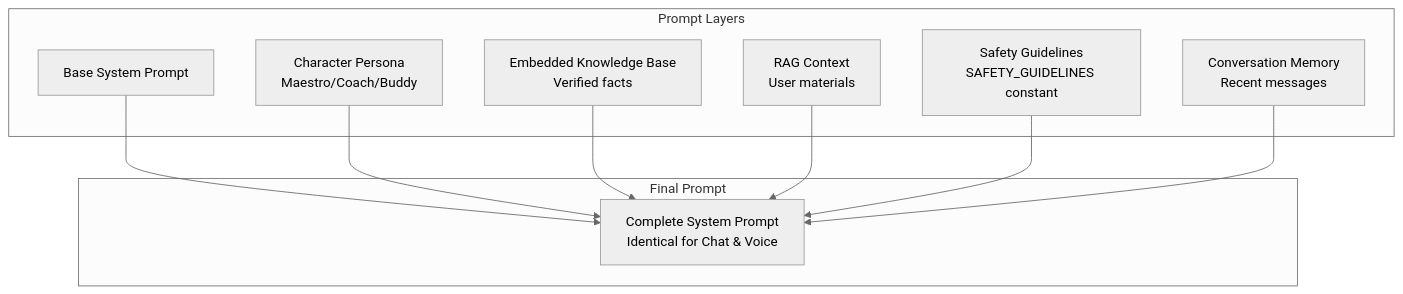
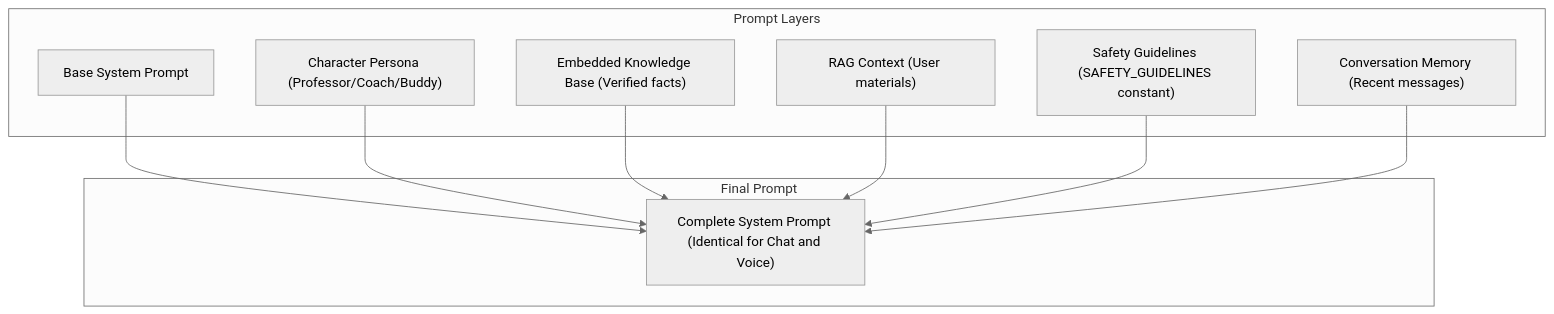
The tenth of 50 diagrams in ARCHITECTURE-DIAGRAMS.md (FightTheStroke/MirrorBuddy), drawn with Mermaid (neutral theme) before and after one commit. The commit also changed other lines of this file, not shown here.

First line of the commit message:
docs(arch): rewrite diagrams in English, rename Maestri to Professors

````diff
--- a/ARCHITECTURE-DIAGRAMS.md
+++ b/ARCHITECTURE-DIAGRAMS.md
@@ -475,22 +474,22 @@
 ```mermaid
 graph TB
-    subgraph "Prompt Layers"
+    subgraph Prompt_Layers["Prompt Layers"]
         Base[Base System Prompt]
-        Character[Character Persona<br/>Maestro/Coach/Buddy]
-        Knowledge[Embedded Knowledge Base<br/>Verified facts]
-        RAG[RAG Context<br/>User materials]
-        Safety[Safety Guidelines<br/>SAFETY_GUIDELINES constant]
-        Memory[Conversation Memory<br/>Recent messages]
+        Character["Character Persona (Professor/Coach/Buddy)"]
+        Knowledge["Embedded Knowledge Base (Verified facts)"]
+        RAG["RAG Context (User materials)"]
+        Safety["Safety Guidelines (SAFETY_GUIDELINES constant)"]
+        Memory["Conversation Memory (Recent messages)"]
     end
 
-    subgraph "Final Prompt"
-        Final[Complete System Prompt<br/>Identical for Chat & Voice]
+    subgraph Final_Prompt["Final Prompt"]
+        Final["Complete System Prompt (Identical for Chat and Voice)"]
     end
 
     Base --> Final
     Character --> Final
     Knowledge --> Final
     RAG --> Final
     Safety --> Final
     Memory --> Final
 ```
````
